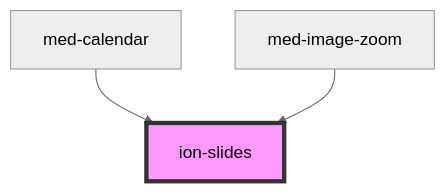
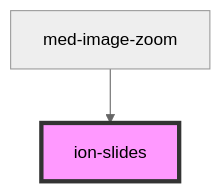
One commit to MEDGRUPOGIT/ionic-framework-1 changed the diagram in core/src/components/slides/readme.md. Above: the diagram before and after it, drawn with Mermaid (neutral theme). The commit also changed other lines of this file and 19 other files, not shown here.

````diff
--- a/core/src/components/slides/readme.md
+++ b/core/src/components/slides/readme.md
@@ -860,6 +859,5 @@
 ```mermaid
 graph TD;
-  med-calendar --> ion-slides
   med-image-zoom --> ion-slides
   style ion-slides fill:#f9f,stroke:#333,stroke-width:4px
 ```
````
